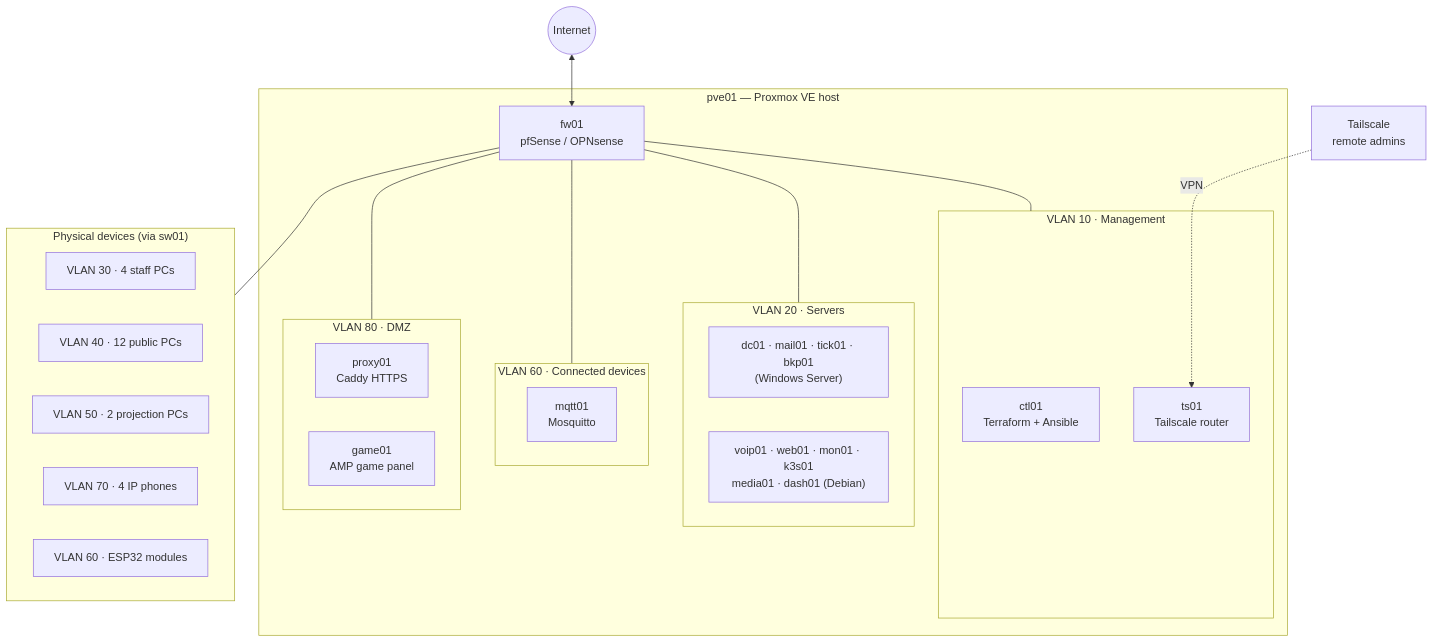
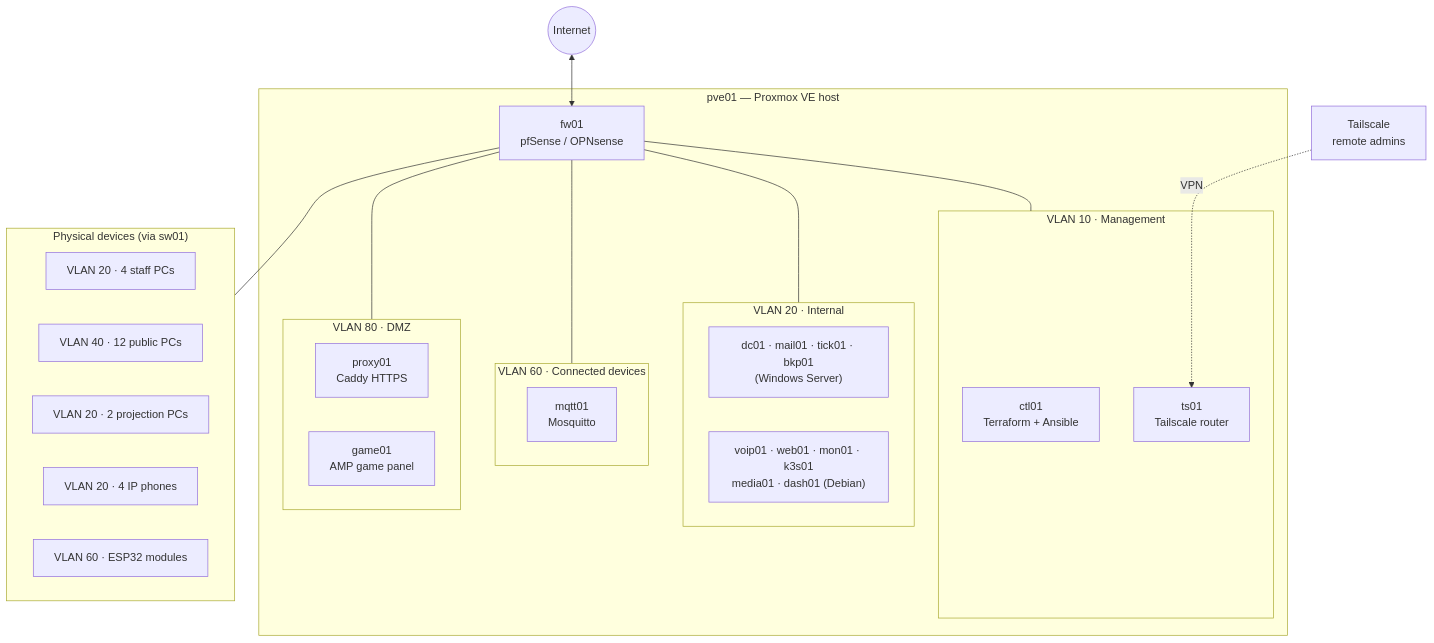
One commit to Keystone-Core/entertainment-center-infra changed the diagram in README.md. Above: the diagram before and after it, drawn with Mermaid. The commit also changed other lines of this file and 3 other files, not shown here.

First line of the commit message:
docs!: merge staff, rooms and telephony VLANs into VLAN 20

````diff
--- a/README.md
+++ b/README.md
@@ -20,37 +20,37 @@
 ```mermaid
 flowchart TB
     internet((Internet))
     ts[Tailscale<br>remote admins]
 
     subgraph pve01["pve01 — Proxmox VE host"]
         fw01["fw01<br>pfSense / OPNsense"]
         subgraph mgmt["VLAN 10 · Management"]
             ctl01[ctl01<br>Terraform + Ansible]
             ts01[ts01<br>Tailscale router]
         end
-        subgraph srv["VLAN 20 · Servers"]
+        subgraph srv["VLAN 20 · Internal"]
             win["dc01 · mail01 · tick01 · bkp01<br>(Windows Server)"]
             lin["voip01 · web01 · mon01 · k3s01<br>media01 · dash01 (Debian)"]
         end
         subgraph iot["VLAN 60 · Connected devices"]
             mqtt01[mqtt01<br>Mosquitto]
         end
         subgraph dmz["VLAN 80 · DMZ"]
             proxy01[proxy01<br>Caddy HTTPS]
             game01[game01<br>AMP game panel]
         end
     end
 
     subgraph lan["Physical devices (via sw01)"]
-        staff[VLAN 30 · 4 staff PCs]
+        staff[VLAN 20 · 4 staff PCs]
         pub[VLAN 40 · 12 public PCs]
-        rooms[VLAN 50 · 2 projection PCs]
-        phones[VLAN 70 · 4 IP phones]
+        rooms[VLAN 20 · 2 projection PCs]
+        phones[VLAN 20 · 4 IP phones]
         esp[VLAN 60 · ESP32 modules]
     end
 
     internet <--> fw01
     ts -. VPN .-> ts01
     fw01 --- mgmt & srv & iot & dmz
     fw01 --- lan
 ```
````
